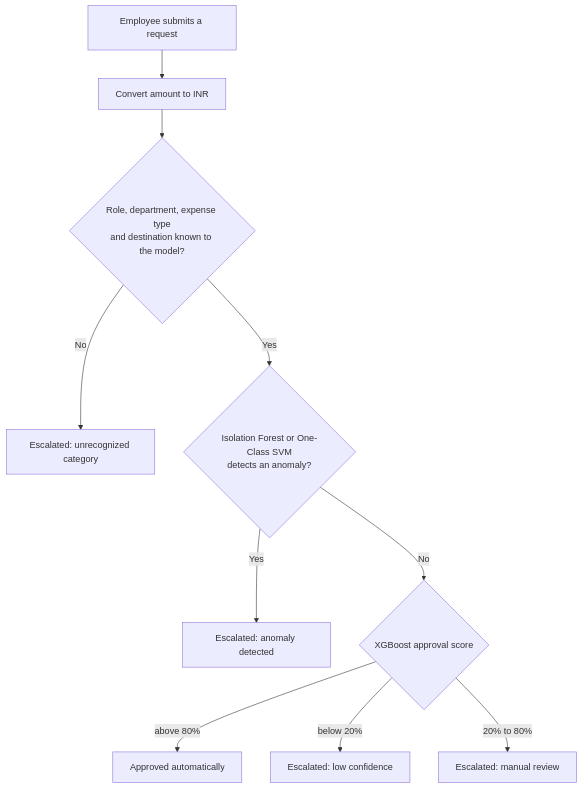
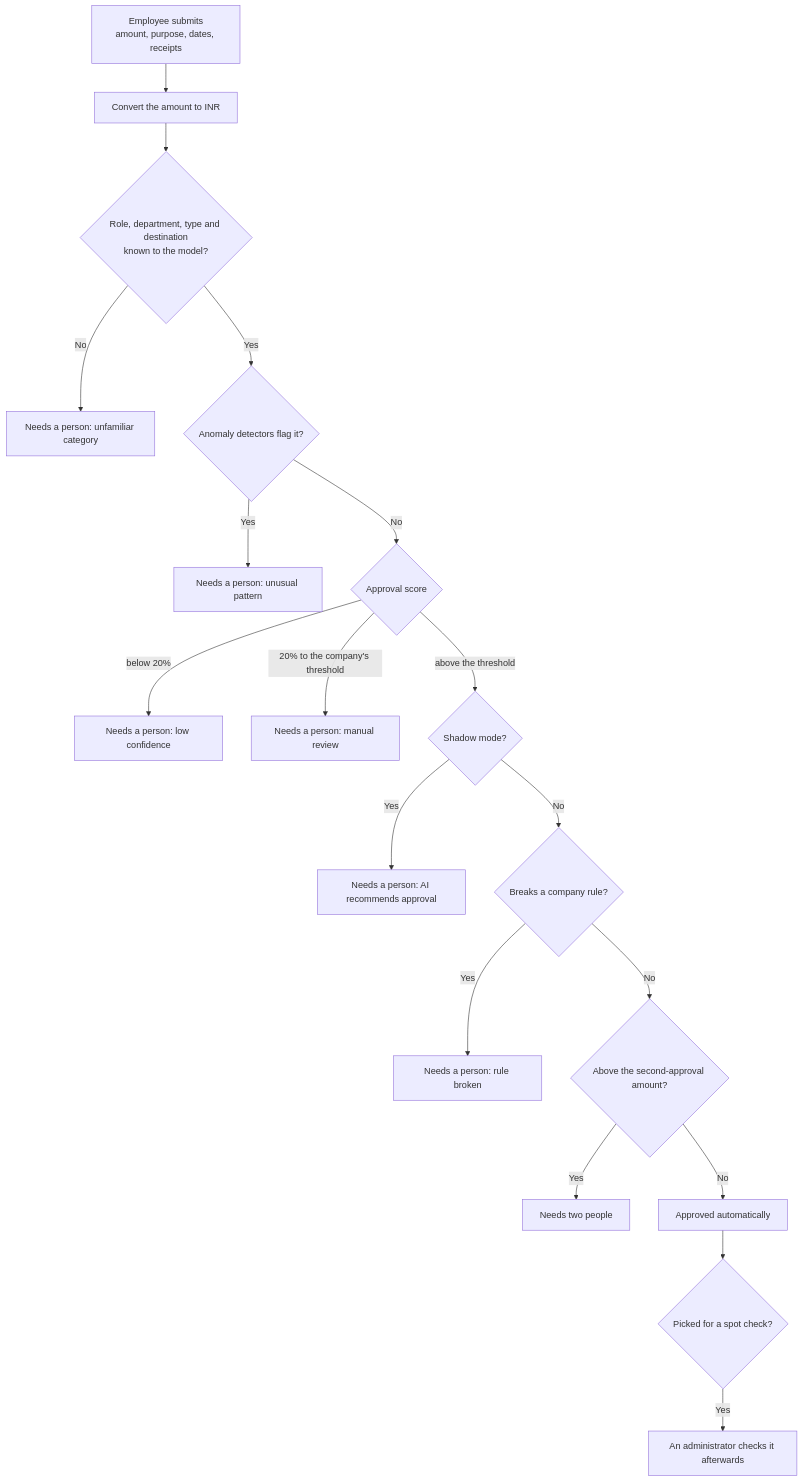
The second of 3 diagrams in README.md (Mithilesh017/advanced-approval-system), drawn with Mermaid before and after one commit. The commit also changed other lines of this file and 1 other file, not shown here.

````diff
--- a/README.md
+++ b/README.md
@@ -92,12 +66,20 @@
 ```mermaid
 flowchart TD
-    S["Employee submits a request"] --> N["Convert amount to INR"]
-    N --> U{"Role, department, expense type<br/>and destination known to the model?"}
-    U -- No --> EU["Escalated: unrecognized category"]
-    U -- Yes --> AN{"Isolation Forest or One-Class SVM<br/>detects an anomaly?"}
-    AN -- Yes --> EA["Escalated: anomaly detected"]
-    AN -- No --> X{"XGBoost approval score"}
-    X -- "above 80%" --> AP["Approved automatically"]
-    X -- "below 20%" --> EP["Escalated: low confidence"]
-    X -- "20% to 80%" --> EM["Escalated: manual review"]
+    S["Employee submits<br/>amount, purpose, dates, receipts"] --> N["Convert the amount to INR"]
+    N --> U{"Role, department, type and destination<br/>known to the model?"}
+    U -- No --> E1["Needs a person: unfamiliar category"]
+    U -- Yes --> AN{"Anomaly detectors flag it?"}
+    AN -- Yes --> E2["Needs a person: unusual pattern"]
+    AN -- No --> X{"Approval score"}
+    X -- "below 20%" --> E3["Needs a person: low confidence"]
+    X -- "20% to the company's threshold" --> E4["Needs a person: manual review"]
+    X -- "above the threshold" --> SH{"Shadow mode?"}
+    SH -- Yes --> E5["Needs a person: AI recommends approval"]
+    SH -- No --> R{"Breaks a company rule?"}
+    R -- Yes --> E6["Needs a person: rule broken"]
+    R -- No --> L{"Above the second-approval amount?"}
+    L -- Yes --> E7["Needs two people"]
+    L -- No --> AP["Approved automatically"]
+    AP --> SC{"Picked for a spot check?"}
+    SC -- Yes --> CH["An administrator checks it afterwards"]
 ```
````
